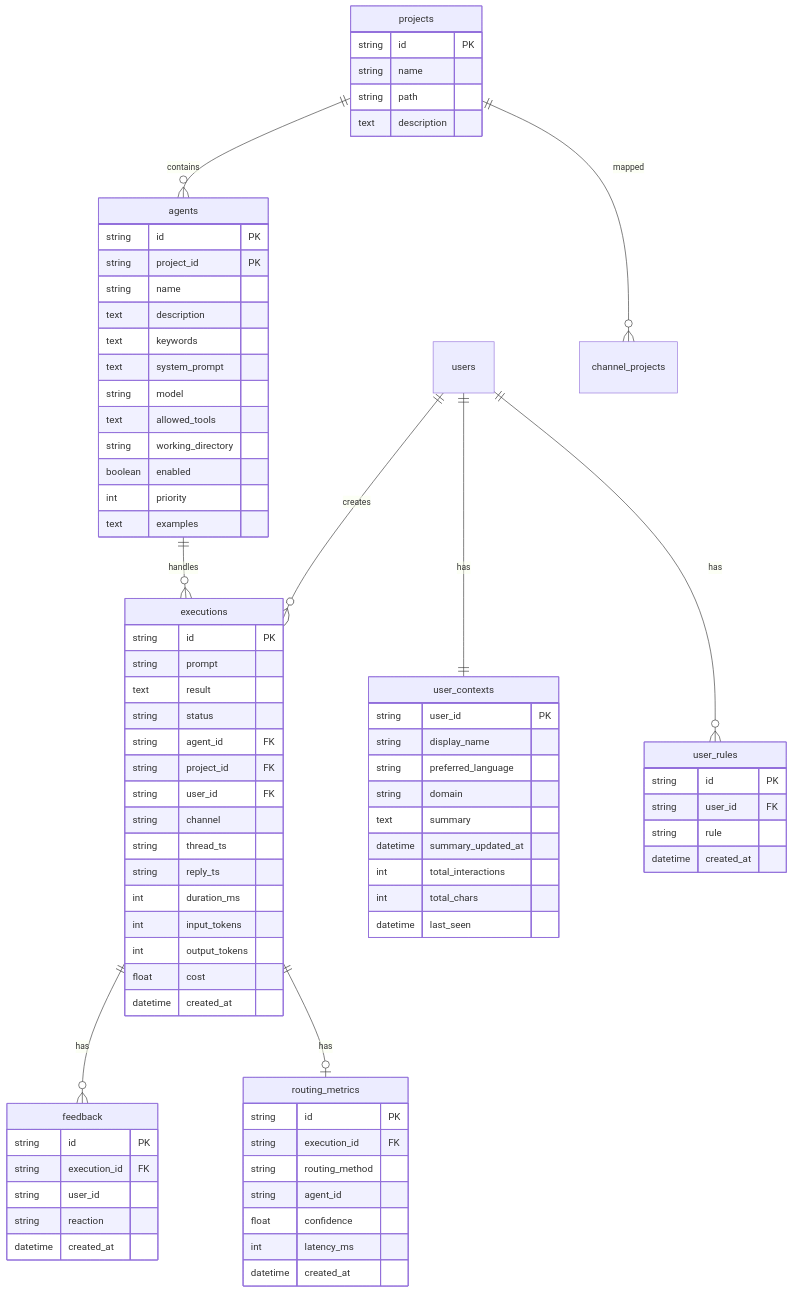
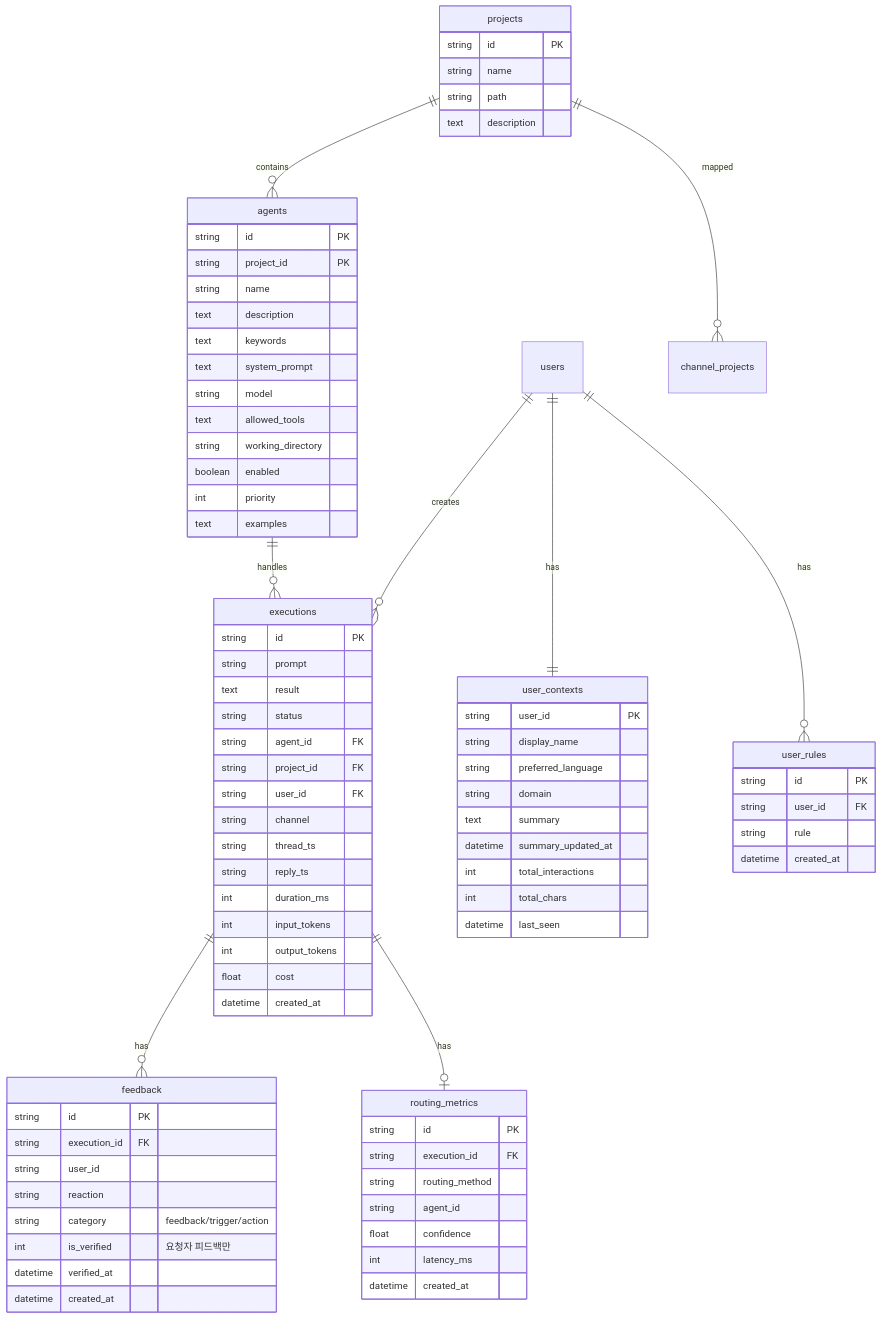
The sixth of 16 diagrams in docs/ARCHITECTURE.md (Gyeom/claude-flow), drawn with Mermaid before and after one commit. The commit also changed other lines of this file and 1 other file, not shown here.

```diff
--- a/docs/ARCHITECTURE.md
+++ b/docs/ARCHITECTURE.md
@@ -230,6 +246,9 @@
         string execution_id FK
         string user_id
         string reaction
+        string category "feedback/trigger/action"
+        int is_verified "요청자 피드백만"
+        datetime verified_at
         datetime created_at
     }
 
```
